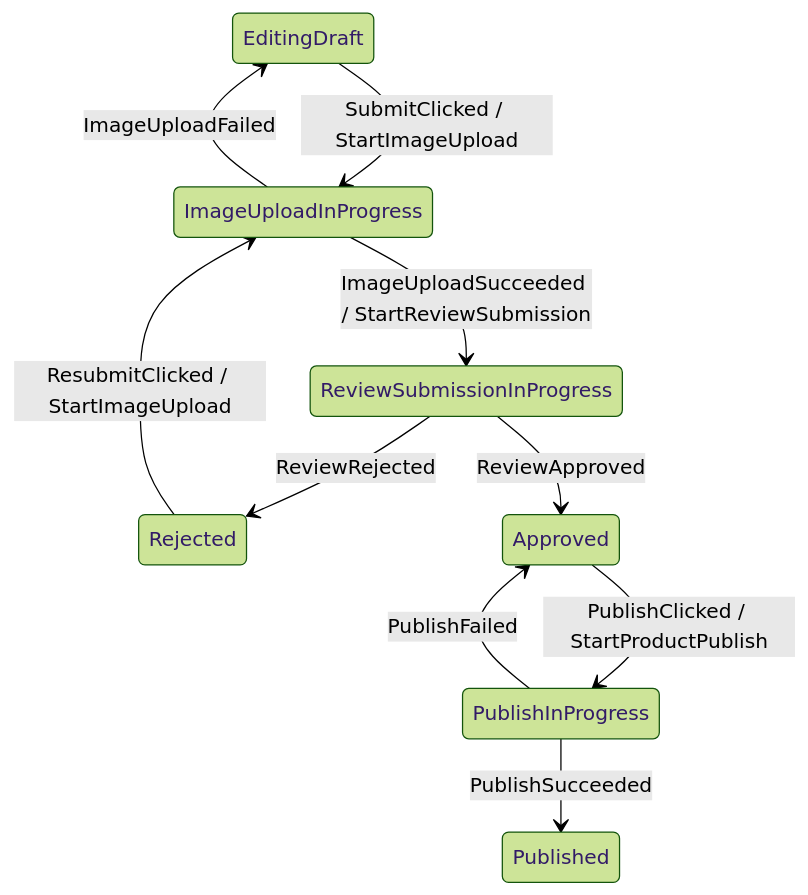
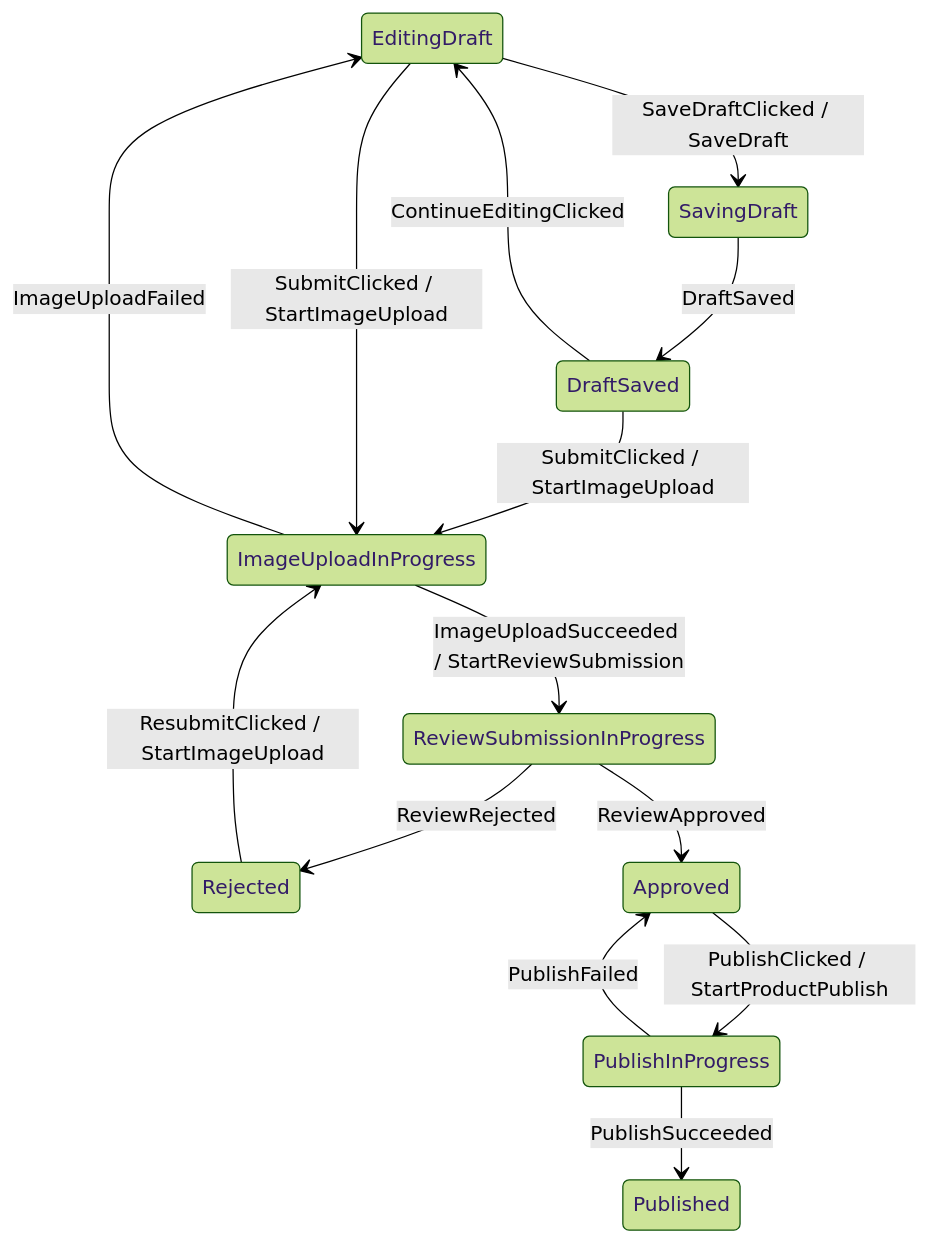
Before and after one commit to kez-lab/afsm: the diagram in wiki/03-engineering/afsm-v3-topology-first-api.md, drawn with Mermaid (forest theme). The commit also changed other lines of this file and 13 other files, not shown here.

````diff
--- a/wiki/03-engineering/afsm-v3-topology-first-api.md
+++ b/wiki/03-engineering/afsm-v3-topology-first-api.md
@@ -348,12 +347,16 @@
 ```mermaid
 stateDiagram-v2
+  EditingDraft --> SavingDraft: SaveDraftClicked / SaveDraft
+  SavingDraft --> DraftSaved: DraftSaved
+  DraftSaved --> EditingDraft: ContinueEditingClicked
+  DraftSaved --> ImageUploadInProgress: SubmitClicked / StartImageUpload
   EditingDraft --> ImageUploadInProgress: SubmitClicked / StartImageUpload
   ImageUploadInProgress --> ReviewSubmissionInProgress: ImageUploadSucceeded / StartReviewSubmission
   ImageUploadInProgress --> EditingDraft: ImageUploadFailed
   ReviewSubmissionInProgress --> Rejected: ReviewRejected
   Rejected --> ImageUploadInProgress: ResubmitClicked / StartImageUpload
   ReviewSubmissionInProgress --> Approved: ReviewApproved
   Approved --> PublishInProgress: PublishClicked / StartProductPublish
   PublishInProgress --> Published: PublishSucceeded
   PublishInProgress --> Approved: PublishFailed
 ```
````
